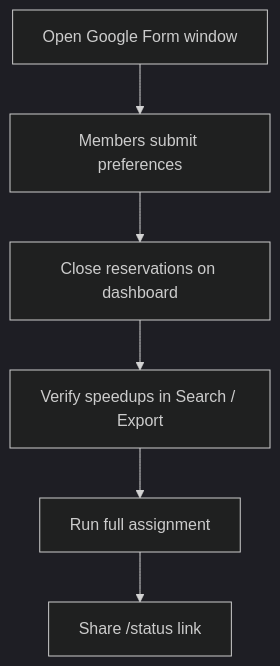
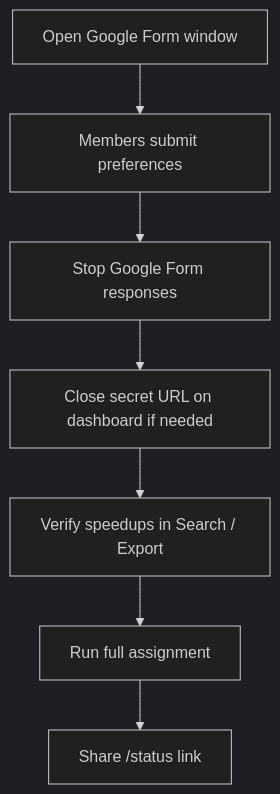
The diagram in docs/ADMIN_GUIDE_QUICKSTART_EN.md (SxxM131/wos1234), drawn with Mermaid (dark theme) before and after one commit. The commit also changed other lines of this file, not shown here.

First line of the commit message:
Clarify admin workflow: Google Form vs secret URL

````diff
--- a/docs/ADMIN_GUIDE_QUICKSTART_EN.md
+++ b/docs/ADMIN_GUIDE_QUICKSTART_EN.md
@@ -22,8 +22,9 @@
 ```mermaid
 flowchart TD
   A[Open Google Form window] --> B[Members submit preferences]
-  B --> C[Close reservations on dashboard]
-  C --> D[Verify speedups in Search / Export]
-  D --> E[Run full assignment]
-  E --> F[Share /status link]
+  B --> C[Stop Google Form responses]
+  C --> D[Close secret URL on dashboard if needed]
+  D --> E[Verify speedups in Search / Export]
+  E --> F[Run full assignment]
+  F --> G[Share /status link]
 ```
````
